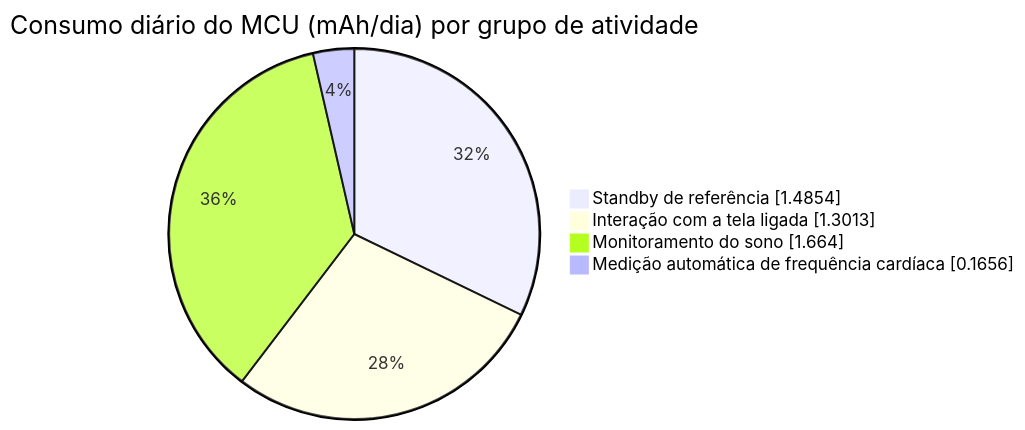
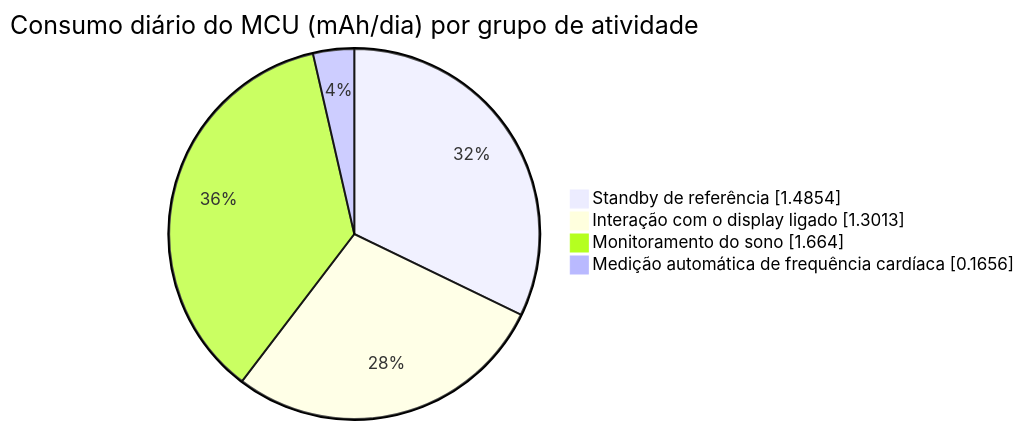
One commit to uForge-io/uforge-site changed the fourth of 4 diagrams in docs_pt/learn/low-power/smartwatch-power-profiling.md. Above: the diagram before and after it, drawn with Mermaid. The commit also changed other lines of this file and 1299 other files, not shown here.

````diff
--- a/docs_pt/learn/low-power/smartwatch-power-profiling.md
+++ b/docs_pt/learn/low-power/smartwatch-power-profiling.md
@@ -274,8 +274,8 @@
 ```mermaid
 pie showData
     title Consumo diário do MCU (mAh/dia) por grupo de atividade
     "Standby de referência" : 1.4854
-    "Interação com a tela ligada" : 1.3013
+    "Interação com o display ligado" : 1.3013
     "Monitoramento do sono" : 1.6640
     "Medição automática de frequência cardíaca" : 0.1656
 ```
````
